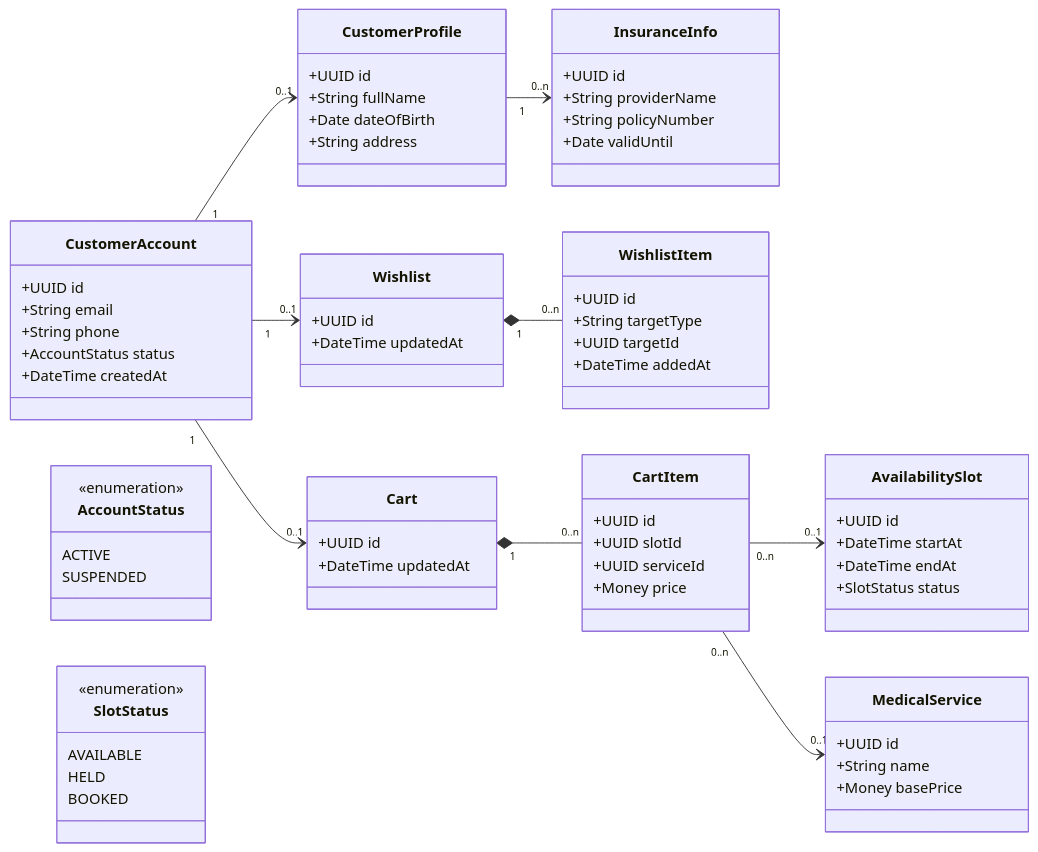
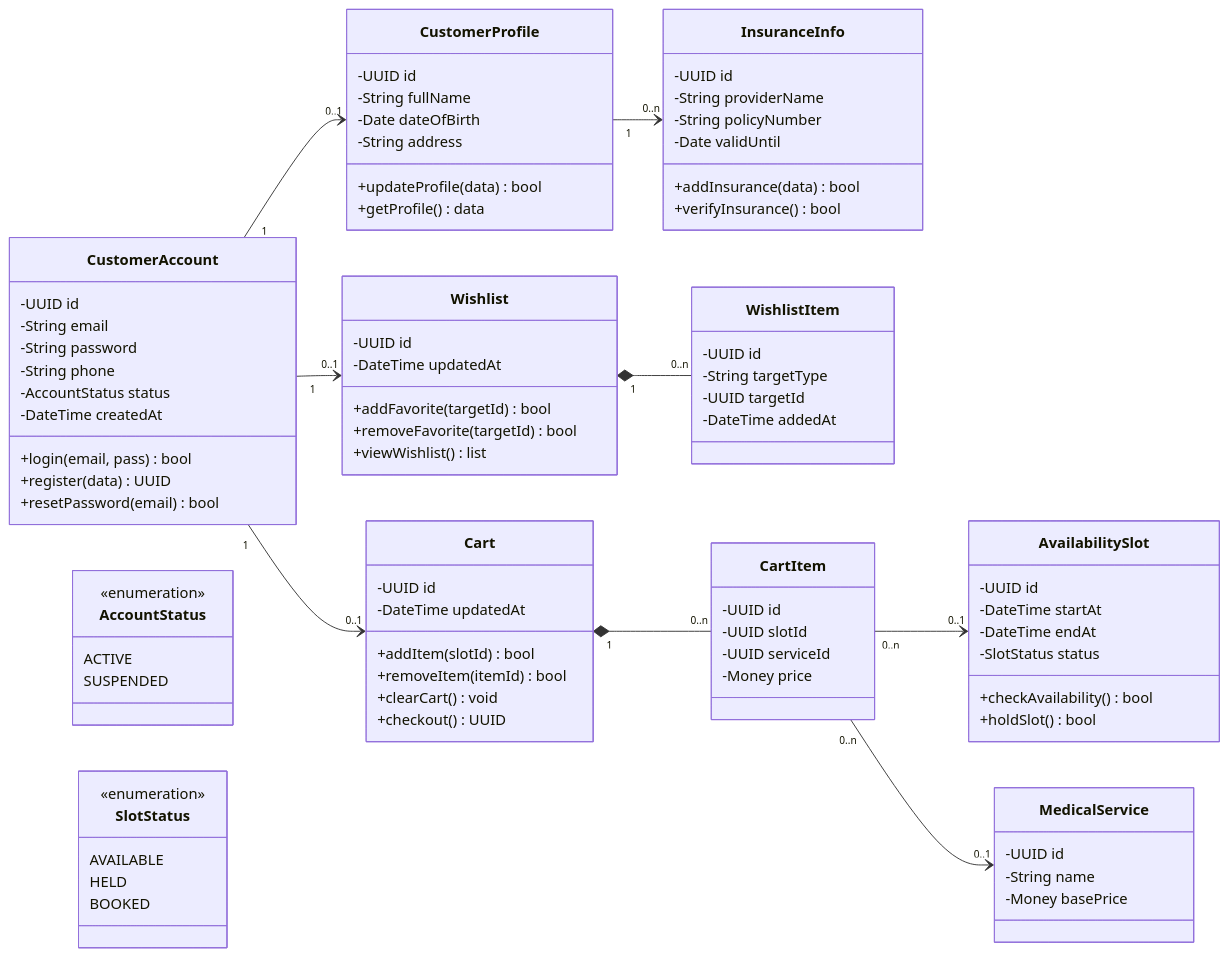
Before and after one commit to qhun22/qq: the second of 5 diagrams in README.md, drawn with Mermaid. The commit also changed other lines of this file, not shown here.

````diff
--- a/README.md
+++ b/README.md
@@ -112,62 +105,79 @@
   direction LR
 
   class CustomerAccount {
-    +UUID id
-    +String email
-    +String phone
-    +AccountStatus status
-    +DateTime createdAt
+    -UUID id
+    -String email
+    -String password
+    -String phone
+    -AccountStatus status
+    -DateTime createdAt
+    +login(email, pass) bool
+    +register(data) UUID
+    +resetPassword(email) bool
   }
 
   class CustomerProfile {
-    +UUID id
-    +String fullName
-    +Date dateOfBirth
-    +String address
+    -UUID id
+    -String fullName
+    -Date dateOfBirth
+    -String address
+    +updateProfile(data) bool
+    +getProfile() data
   }
 
   class InsuranceInfo {
-    +UUID id
-    +String providerName
-    +String policyNumber
-    +Date validUntil
+    -UUID id
+    -String providerName
+    -String policyNumber
+    -Date validUntil
+    +addInsurance(data) bool
+    +verifyInsurance() bool
   }
 
   class Wishlist {
-    +UUID id
-    +DateTime updatedAt
+    -UUID id
+    -DateTime updatedAt
+    +addFavorite(targetId) bool
+    +removeFavorite(targetId) bool
+    +viewWishlist() list
   }
 
   class WishlistItem {
-    +UUID id
-    +String targetType
-    +UUID targetId
-    +DateTime addedAt
+    -UUID id
+    -String targetType
+    -UUID targetId
+    -DateTime addedAt
   }
 
   class Cart {
-    +UUID id
-    +DateTime updatedAt
+    -UUID id
+    -DateTime updatedAt
+    +addItem(slotId) bool
+    +removeItem(itemId) bool
+    +clearCart() void
+    +checkout() UUID
   }
 
   class CartItem {
-    +UUID id
-    +UUID slotId
-    +UUID serviceId
-    +Money price
+    -UUID id
+    -UUID slotId
+    -UUID serviceId
+    -Money price
   }
 
   class AvailabilitySlot {
-    +UUID id
-    +DateTime startAt
-    +DateTime endAt
-    +SlotStatus status
+    -UUID id
+    -DateTime startAt
+    -DateTime endAt
+    -SlotStatus status
+    +checkAvailability() bool
+    +holdSlot() bool
   }
 
   class MedicalService {
-    +UUID id
-    +String name
-    +Money basePrice
+    -UUID id
+    -String name
+    -Money basePrice
   }
 
   class AccountStatus {
@@ -185,13 +195,10 @@
 
   CustomerAccount "1" --> "0..1" CustomerProfile
   CustomerProfile "1" --> "0..n" InsuranceInfo
-
   CustomerAccount "1" --> "0..1" Wishlist
   Wishlist "1" *-- "0..n" WishlistItem
-
   CustomerAccount "1" --> "0..1" Cart
   Cart "1" *-- "0..n" CartItem
-
   CartItem "0..n" --> "0..1" AvailabilitySlot
   CartItem "0..n" --> "0..1" MedicalService
 ```
````
